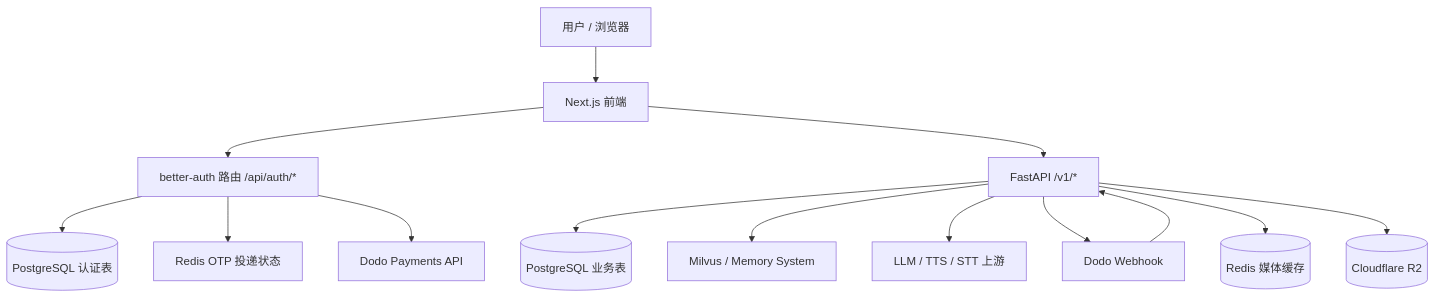
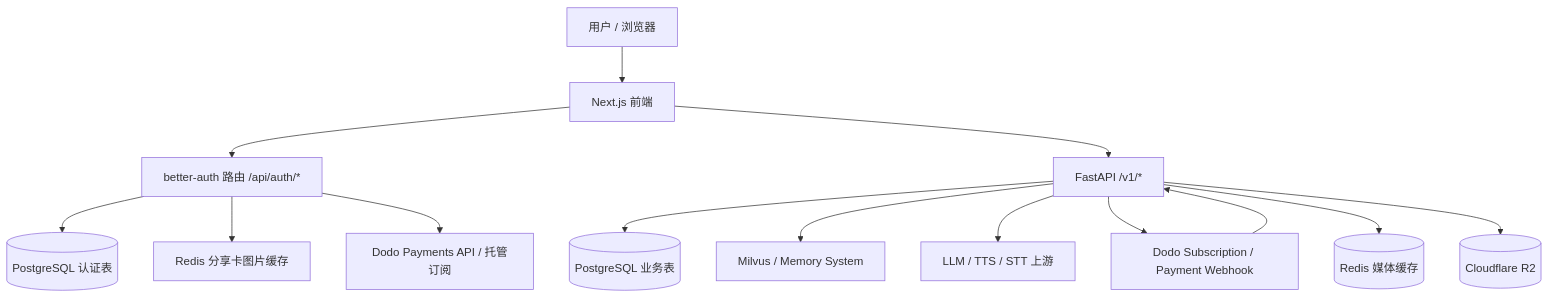
The first of 4 diagrams in .agent/dataschema.md (ChasePassion/role-playing), drawn with Mermaid before and after one commit. The commit also changed other lines of this file and 3 other files, not shown here.

````diff
--- a/.agent/dataschema.md
+++ b/.agent/dataschema.md
@@ -56,16 +56,16 @@
 ```mermaid
 flowchart TD
     A[用户 / 浏览器] --> B[Next.js 前端]
     B --> C[better-auth 路由 /api/auth/*]
     B --> D[FastAPI /v1/*]
     C --> E[(PostgreSQL 认证表)]
-    C --> F[Redis OTP 投递状态]
-    C --> G[Dodo Payments API]
+    C --> F[Redis 分享卡图片缓存]
+    C --> G[Dodo Payments API / 托管订阅]
     D --> H[(PostgreSQL 业务表)]
     D --> I[Milvus / Memory System]
     D --> J[LLM / TTS / STT 上游]
-    D --> K[Dodo Webhook]
+    D --> K[Dodo Subscription / Payment Webhook]
     D --> L[(Redis 媒体缓存)]
     D --> M[(Cloudflare R2)]
     K --> D
 ```
````
